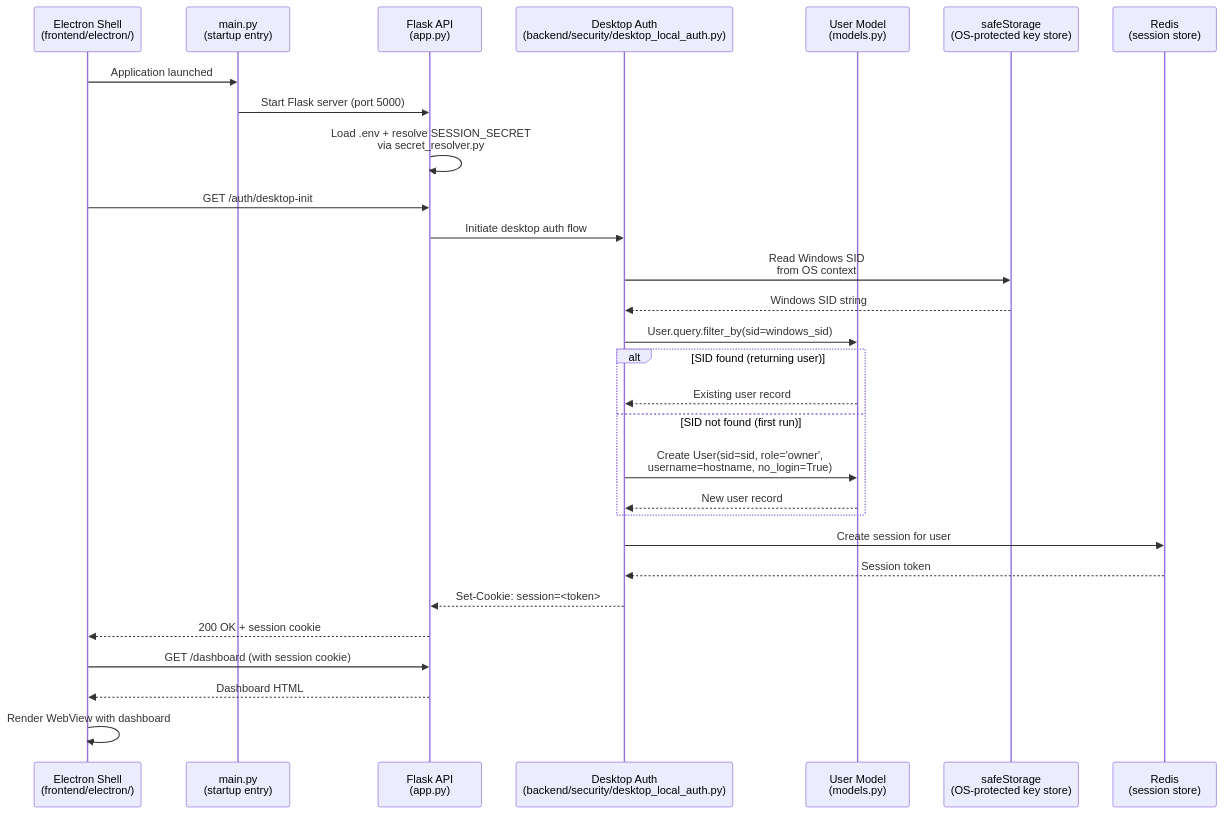
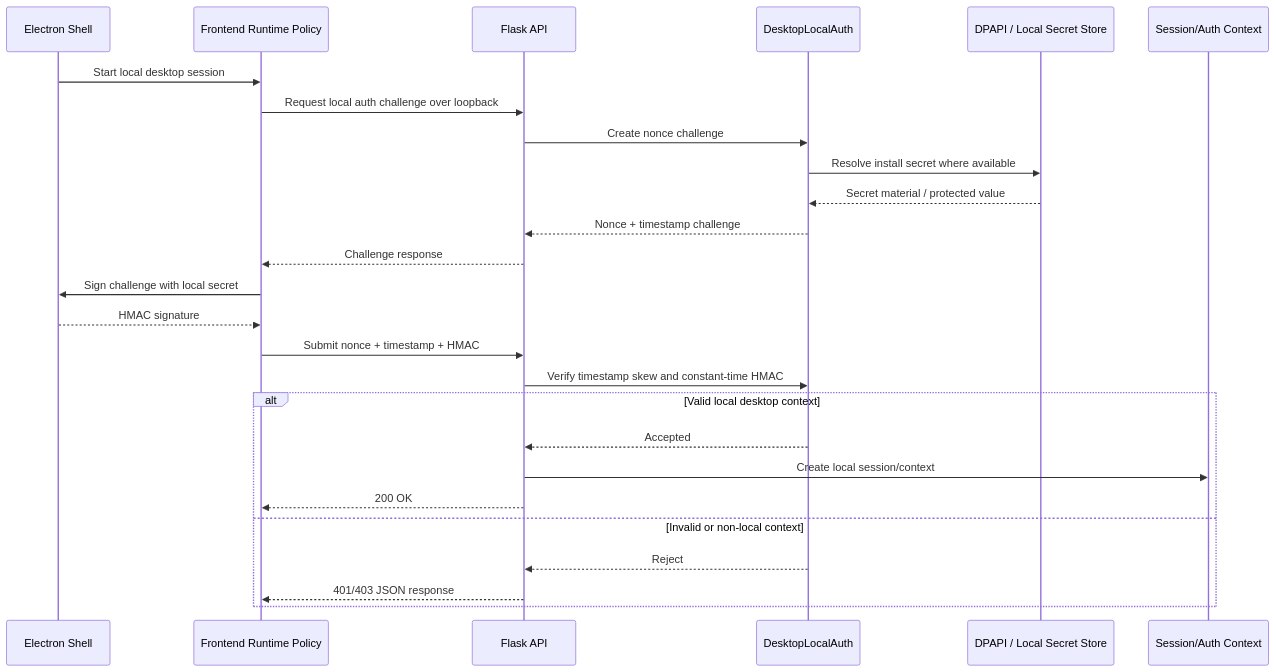
One commit to kherrera6219/DataLogicEngine changed the first of 10 diagrams in docs/SEQUENCE_DIAGRAMS.md. Above: the diagram before and after it, drawn with Mermaid. The commit also changed other lines of this file, not shown here.

Commit message:
docs: refresh sequence diagrams

````diff
--- a/docs/SEQUENCE_DIAGRAMS.md
+++ b/docs/SEQUENCE_DIAGRAMS.md
@@ -100,38 +25,29 @@
 ```mermaid
 sequenceDiagram
-    participant Electron as Electron Shell<br/>(frontend/electron/)
-    participant Main as main.py<br/>(startup entry)
-    participant Flask as Flask API<br/>(app.py)
-    participant DesktopAuth as Desktop Auth<br/>(backend/security/desktop_local_auth.py)
-    participant UserModel as User Model<br/>(models.py)
-    participant SafeStorage as safeStorage<br/>(OS-protected key store)
-    participant Redis as Redis<br/>(session store)
+    participant Electron as Electron Shell
+    participant Runtime as Frontend Runtime Policy
+    participant API as Flask API
+    participant Auth as DesktopLocalAuth
+    participant DPAPI as DPAPI / Local Secret Store
+    participant Session as Session/Auth Context
 
-    Electron->>Main: Application launched
-    Main->>Flask: Start Flask server (port 5000)
-    Flask->>Flask: Load .env + resolve SESSION_SECRET<br/>via secret_resolver.py
-
-    Electron->>Flask: GET /auth/desktop-init
-    Flask->>DesktopAuth: Initiate desktop auth flow
-
-    DesktopAuth->>SafeStorage: Read Windows SID<br/>from OS context
-    SafeStorage-->>DesktopAuth: Windows SID string
-
-    DesktopAuth->>UserModel: User.query.filter_by(sid=windows_sid)
-    alt SID found (returning user)
-        UserModel-->>DesktopAuth: Existing user record
-    else SID not found (first run)
-        DesktopAuth->>UserModel: Create User(sid=sid, role='owner',<br/>username=hostname, no_login=True)
-        UserModel-->>DesktopAuth: New user record
+    Electron->>Runtime: Start local desktop session
+    Runtime->>API: Request local auth challenge over loopback
+    API->>Auth: Create nonce challenge
+    Auth->>DPAPI: Resolve install secret where available
+    DPAPI-->>Auth: Secret material / protected value
+    Auth-->>API: Nonce + timestamp challenge
+    API-->>Runtime: Challenge response
+    Runtime->>Electron: Sign challenge with local secret
+    Electron-->>Runtime: HMAC signature
+    Runtime->>API: Submit nonce + timestamp + HMAC
+    API->>Auth: Verify timestamp skew and constant-time HMAC
+    alt Valid local desktop context
+        Auth-->>API: Accepted
+        API->>Session: Create local session/context
+        API-->>Runtime: 200 OK
+    else Invalid or non-local context
+        Auth-->>API: Reject
+        API-->>Runtime: 401/403 JSON response
     end
-
-    DesktopAuth->>Redis: Create session for user
-    Redis-->>DesktopAuth: Session token
-
-    DesktopAuth-->>Flask: Set-Cookie: session=<token>
-    Flask-->>Electron: 200 OK + session cookie
-
-    Electron->>Flask: GET /dashboard (with session cookie)
-    Flask-->>Electron: Dashboard HTML
-    Electron->>Electron: Render WebView with dashboard
 ```
````
